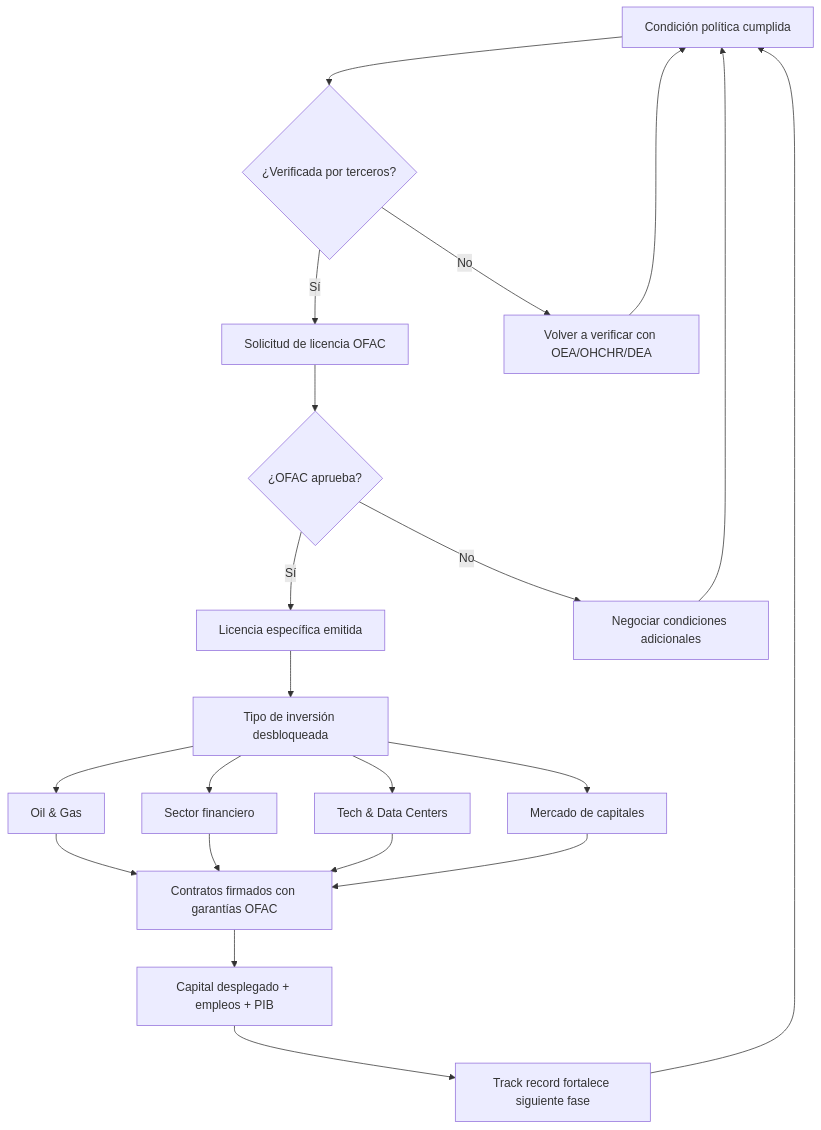
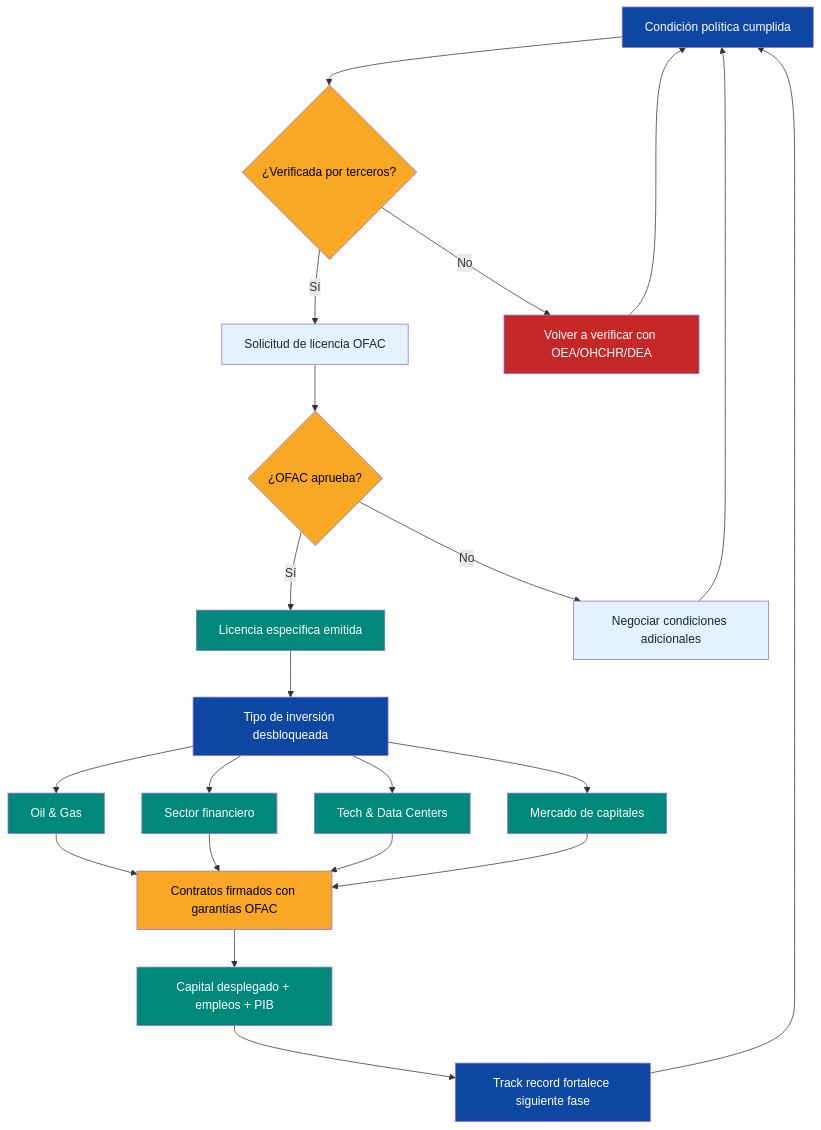
Before and after one commit to Venezuela-S-A/venezuela-sa: the second of 2 diagrams in docs/04-gobernanza/roadmap-sanciones.md, drawn with Mermaid. The commit also changed 127 other files, not shown here.

````diff
--- a/docs/04-gobernanza/roadmap-sanciones.md
+++ b/docs/04-gobernanza/roadmap-sanciones.md
@@ -106,23 +106,39 @@
 ```mermaid
 flowchart TD
     A[Condición política cumplida] --> B{¿Verificada por terceros?}
     B -->|Sí| C[Solicitud de licencia OFAC]
     B -->|No| D[Volver a verificar con OEA/OHCHR/DEA]
     C --> E{¿OFAC aprueba?}
     E -->|Sí| F[Licencia específica emitida]
     E -->|No| G[Negociar condiciones adicionales]
     G --> A
     F --> H[Tipo de inversión desbloqueada]
     H --> I[Oil & Gas]
     H --> J[Sector financiero]
     H --> K[Tech & Data Centers]
     H --> L[Mercado de capitales]
     I --> M[Contratos firmados con garantías OFAC]
     J --> M
     K --> M
     L --> M
     M --> N[Capital desplegado + empleos + PIB]
     N --> O[Track record fortalece siguiente fase]
     O --> A
     D --> A
+
+    style A fill:#0D47A1,color:#fff
+    style B fill:#F9A825,color:#000
+    style C fill:#E3F2FD,color:#1B2631
+    style D fill:#C62828,color:#fff
+    style E fill:#F9A825,color:#000
+    style F fill:#00897B,color:#fff
+    style G fill:#E3F2FD,color:#1B2631
+    style H fill:#0D47A1,color:#fff
+    style I fill:#00897B,color:#fff
+    style J fill:#00897B,color:#fff
+    style K fill:#00897B,color:#fff
+    style L fill:#00897B,color:#fff
+    style M fill:#F9A825,color:#000
+    style N fill:#00897B,color:#fff
+    style O fill:#0D47A1,color:#fff
 ```
````
